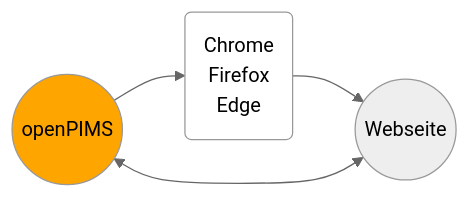
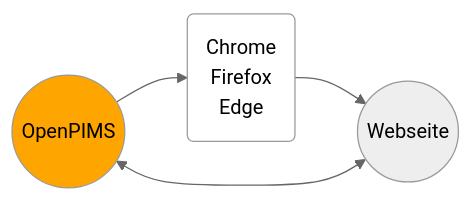
One commit to openpims/openpims changed the first of 3 diagrams in README.md. Above: the diagram before and after it, drawn with Mermaid (neutral theme). The commit also changed other lines of this file and 4 other files, not shown here.

````diff
--- a/README.md
+++ b/README.md
@@ -7,8 +7,8 @@
 ```mermaid
   graph LR;
-      A((openPIMS)) --> B(Chrome<br>Firefox<br>Edge);
+      A((OpenPIMS)) --> B(Chrome<br>Firefox<br>Edge);
       B --> C((Webseite));
       C <--> A;
       style A fill:orange
       style B fill:white
 ```
````
